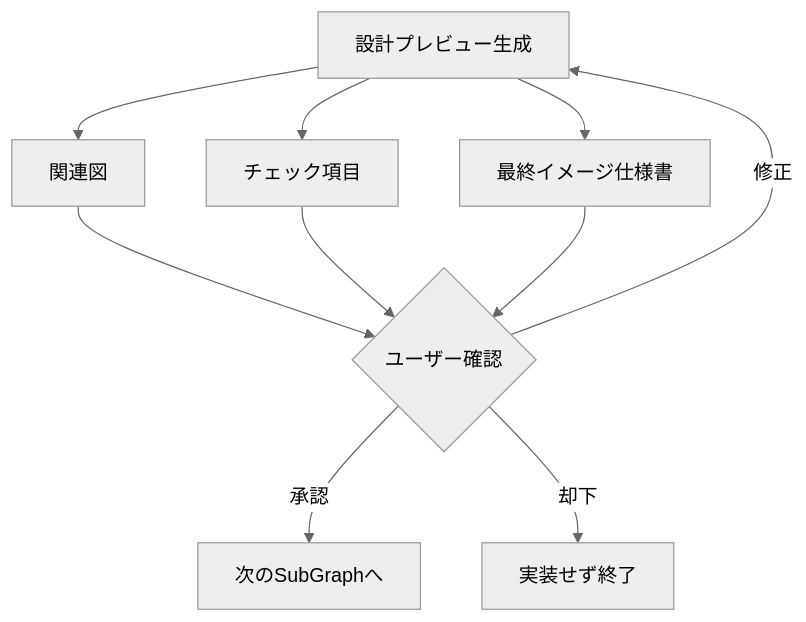
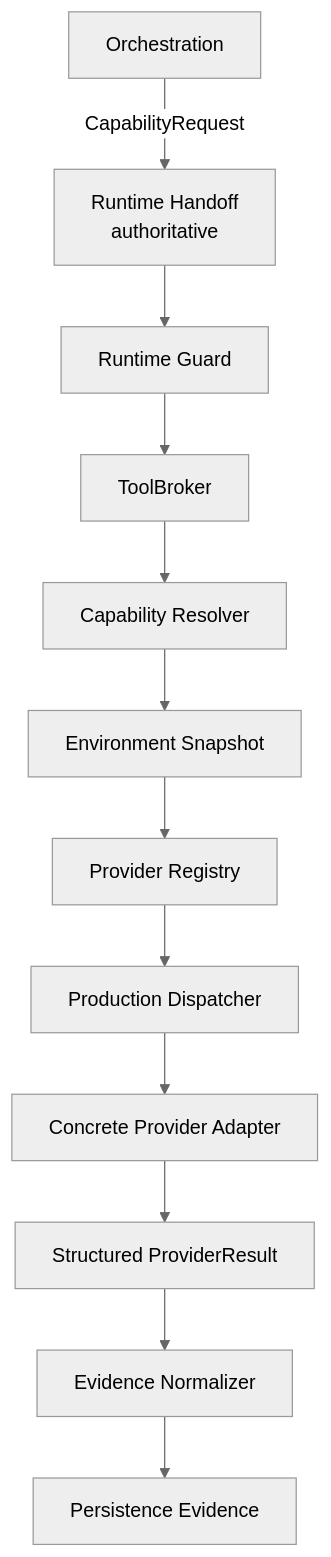
Before and after one commit to DarumaPPAP/UnityAgent: the second of 4 diagrams in README.md, drawn with Mermaid (neutral theme). The commit also changed other lines of this file and 32 other files, not shown here.

Commit message:
Cut over production tool runtime and documentation

````diff
--- a/README.md
+++ b/README.md
@@ -207,12 +85,14 @@
 ```mermaid
 flowchart TD
-    A[設計プレビュー生成] --> B[関連図]
-    A --> C[チェック項目]
-    A --> D[最終イメージ仕様書]
-    B --> E{ユーザー確認}
-    C --> E
-    D --> E
-    E -->|承認| F[次のSubGraphへ]
-    E -->|修正| A
-    E -->|却下| G[実装せず終了]
+    O[Orchestration] -->|CapabilityRequest| H[Runtime Handoff<br/>authoritative]
+    H --> G[Runtime Guard]
+    G --> B[ToolBroker]
+    B --> R[Capability Resolver]
+    R --> E[Environment Snapshot]
+    E --> P[Provider Registry]
+    P --> D[Production Dispatcher]
+    D --> X[Concrete Provider Adapter]
+    X --> V[Structured ProviderResult]
+    V --> N[Evidence Normalizer]
+    N --> S[Persistence Evidence]
 ```
````
